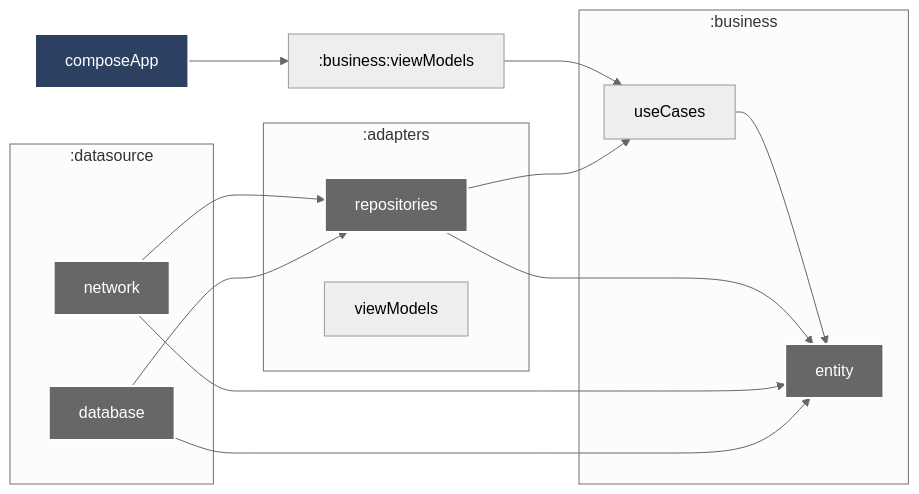
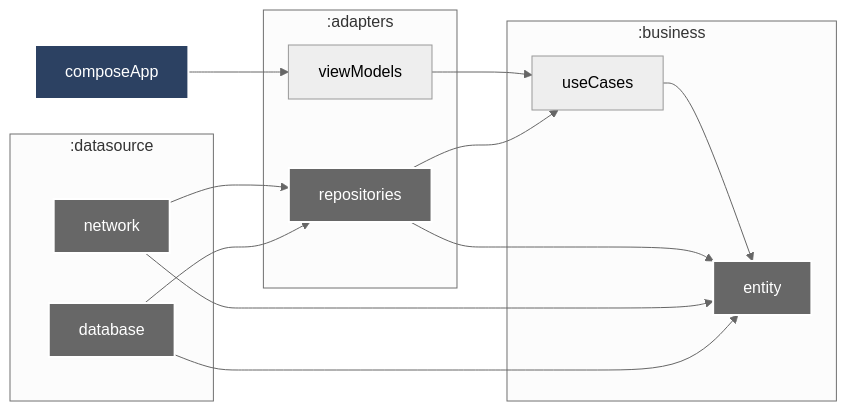
The diagram in MERMAID.md (enirsilvaferraz/Pokedex), drawn with Mermaid before and after one commit.

Commit message:
Refactor: Update Mermaid diagram architecture
This commit updates the Mermaid diagram in `MERMAID.md` to reflect a change in the application's architecture.

Specifically, the `:composeApp` module now interacts with `:adapters:viewModels` instead of `:business:viewModels`. Consequently, `:adapters:viewModels` now interacts with `:business:useCases`.

````diff
--- a/MERMAID.md
+++ b/MERMAID.md
@@ -3,51 +3,51 @@
 ```mermaid
 %%{
   init: {
     'theme': 'neutral'
   }
 }%%
 
 graph LR
     
   :composeApp["composeApp"]
   
   subgraph :business
     :business:entity["entity"]
     :business:useCases["useCases"]
   end
   
   subgraph :adapters
     :adapters:repositories["repositories"]
     :adapters:viewModels["viewModels"]
   end
   
   subgraph :datasource
     :datasource:network["network"]
     :datasource:database["database"]
   end
 
-  :composeApp --> :business:viewModels
-  :business:viewModels --> :business:useCases
+  :composeApp --> :adapters:viewModels
+  :adapters:viewModels --> :business:useCases
   :business:useCases --> :business:entity
 %%  :composeApp --> :business:entity
 %%  :composeApp --> :adapters:repositories
 %%  :composeApp --> :datasource:network
 %%  :composeApp --> :datasource:database
    :adapters:repositories --> :business:entity
    :adapters:repositories --> :business:useCases
   
   :datasource:network --> :business:entity
   :datasource:network --> :adapters:repositories
   
   :datasource:database --> :business:entity
   :datasource:database --> :adapters:repositories
 
 classDef android-application fill:#2C4162,stroke:#fff,stroke-width:2px,color:#fff;
 classDef unknown fill:#676767,stroke:#fff,stroke-width:2px,color:#fff;
 class :composeApp android-application
 class :business:entity unknown
 class :adapters:repositories unknown
 class :datasource:network unknown
 class :datasource:database unknown
 
 ```
````
